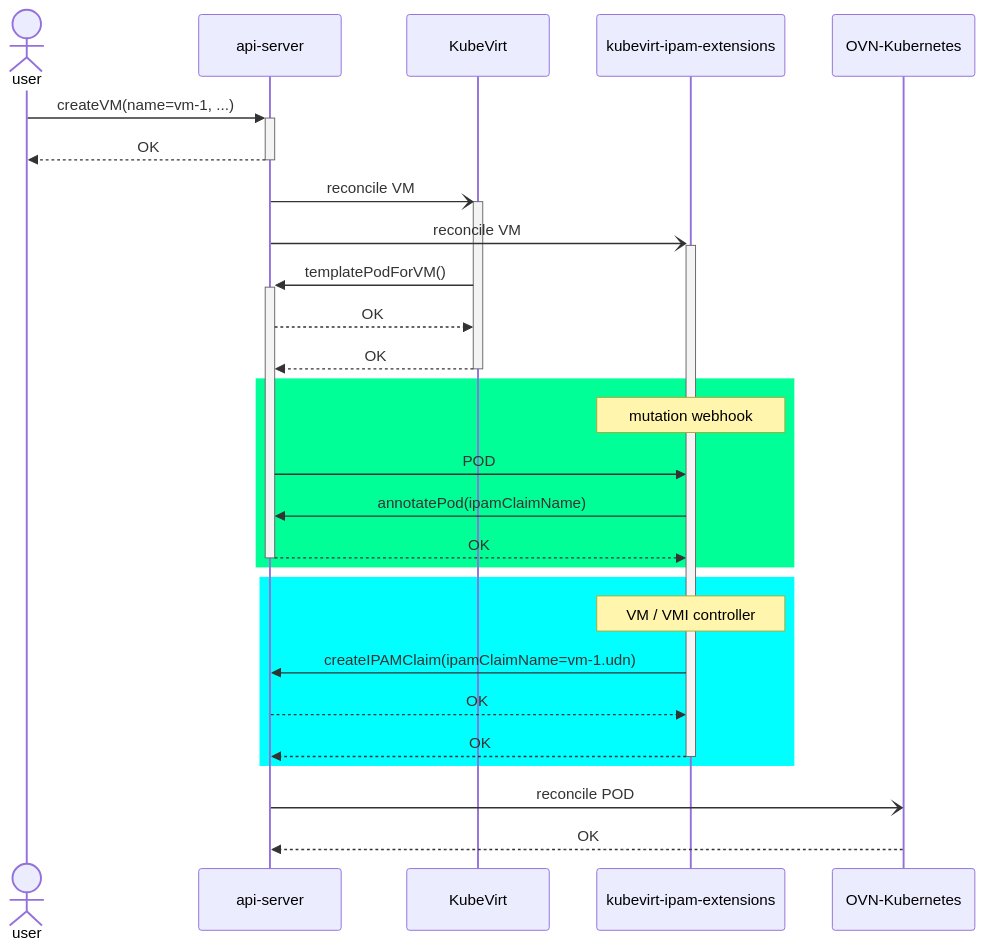
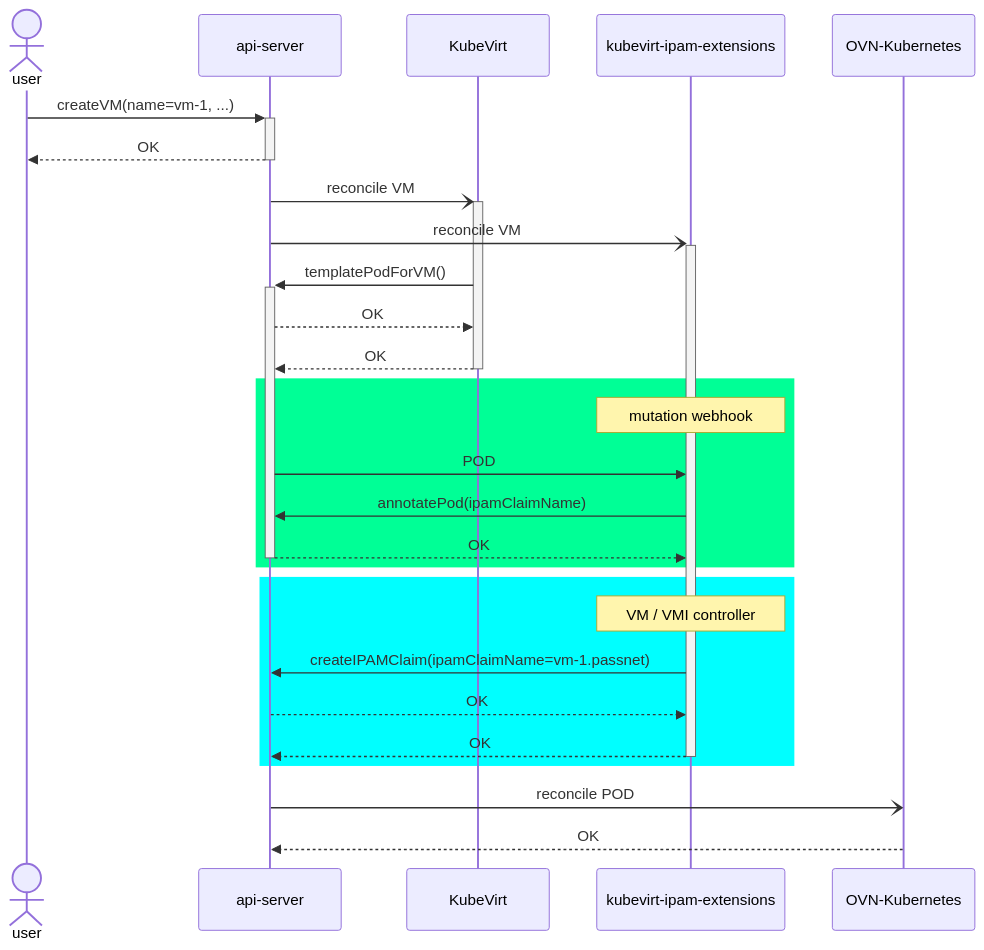
Before and after one commit to openshift/enhancements: the diagram in enhancements/network/primary-user-defined-networks-for-virtualization-workloads.md, drawn with Mermaid. The commit also changed other lines of this file, not shown here.

Commit message:
udn, virt: apply multiple suggestions

````diff
--- a/enhancements/network/primary-user-defined-networks-for-virtualization-workloads.md
+++ b/enhancements/network/primary-user-defined-networks-for-virtualization-workloads.md
@@ -311,31 +311,31 @@
 ```mermaid
 sequenceDiagram
   actor user as user
   participant api-server as api-server
   participant KubeVirt as KubeVirt
   participant kubevirt-ipam-extensions as kubevirt-ipam-extensions
   participant OVN-Kubernetes as OVN-Kubernetes
 
   user ->>+ api-server: createVM(name=vm-1, ...)
   api-server -->>- user: OK
   api-server -)+ KubeVirt: reconcile VM
   api-server -)+ kubevirt-ipam-extensions: reconcile VM
   KubeVirt ->>+ api-server: templatePodForVM()
   api-server -->> KubeVirt: OK
   KubeVirt -->>- api-server: OK
   rect rgb(0, 255, 150)
     Note over kubevirt-ipam-extensions: mutation webhook
     api-server ->> kubevirt-ipam-extensions: POD
     kubevirt-ipam-extensions ->> api-server: annotatePod(ipamClaimName)
     api-server -->>- kubevirt-ipam-extensions: OK
   end
   rect rgb(0, 255, 255)
     Note over kubevirt-ipam-extensions: VM / VMI controller
-    kubevirt-ipam-extensions ->> api-server: createIPAMClaim(ipamClaimName=vm-1.udn)
+    kubevirt-ipam-extensions ->> api-server: createIPAMClaim(ipamClaimName=vm-1.passnet)
     api-server -->> kubevirt-ipam-extensions: OK
     kubevirt-ipam-extensions -->>- api-server: OK
   end
   api-server -) OVN-Kubernetes: reconcile POD
 
   OVN-Kubernetes -->> api-server: OK
 ```
````
